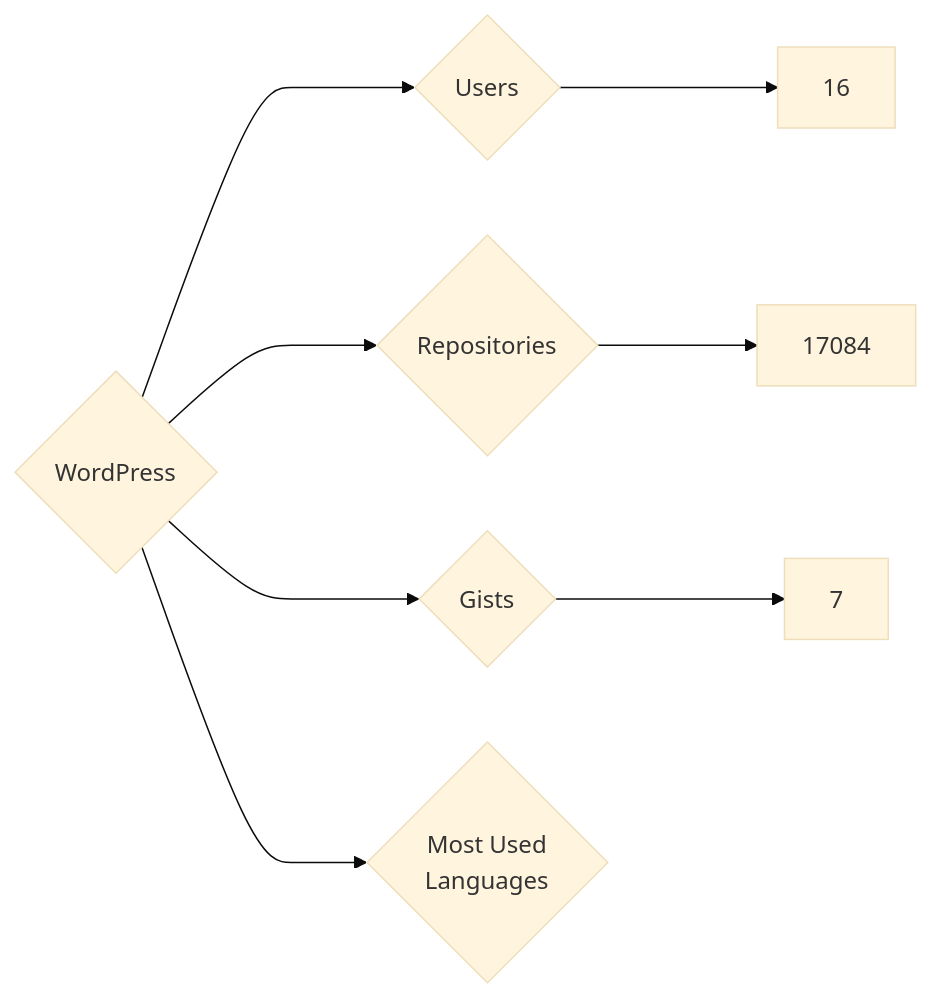
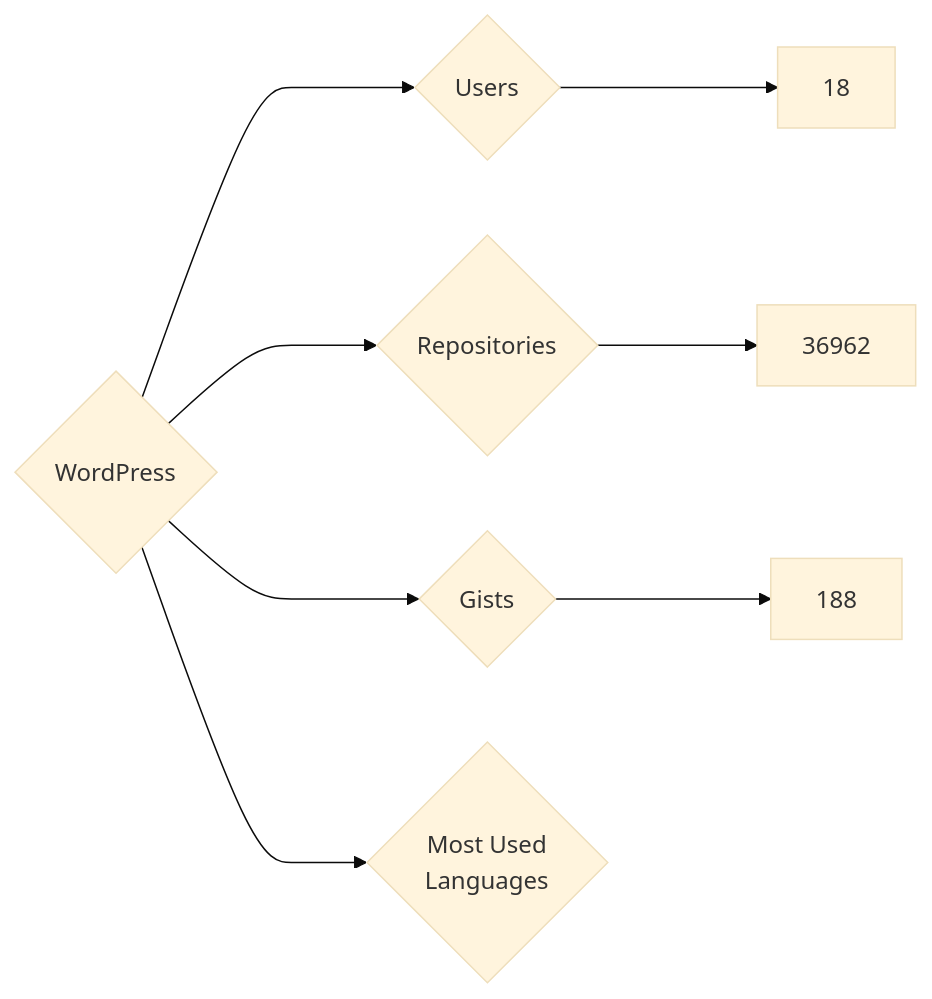
One commit to nenadzaric/insiders changed the diagram in targets/WordPress/README.md. Above: the diagram before and after it, drawn with Mermaid (base theme). The commit also changed 1342 other files, not shown here.

````diff
--- a/targets/WordPress/README.md
+++ b/targets/WordPress/README.md
@@ -3,8 +3,8 @@
 ```mermaid
 graph LR
 COMPANY_NAME{WordPress}
-COMPANY_NAME ---> U{Users} ---> UN[16]
-COMPANY_NAME ---> R{Repositories} ---> RN[17084]
-COMPANY_NAME ---> G{Gists} ---> GN[7]
+COMPANY_NAME ---> U{Users} ---> UN[18]
+COMPANY_NAME ---> R{Repositories} ---> RN[36962]
+COMPANY_NAME ---> G{Gists} ---> GN[188]
 COMPANY_NAME ---> ML{Most Used<br>Languages}
 ```
````
